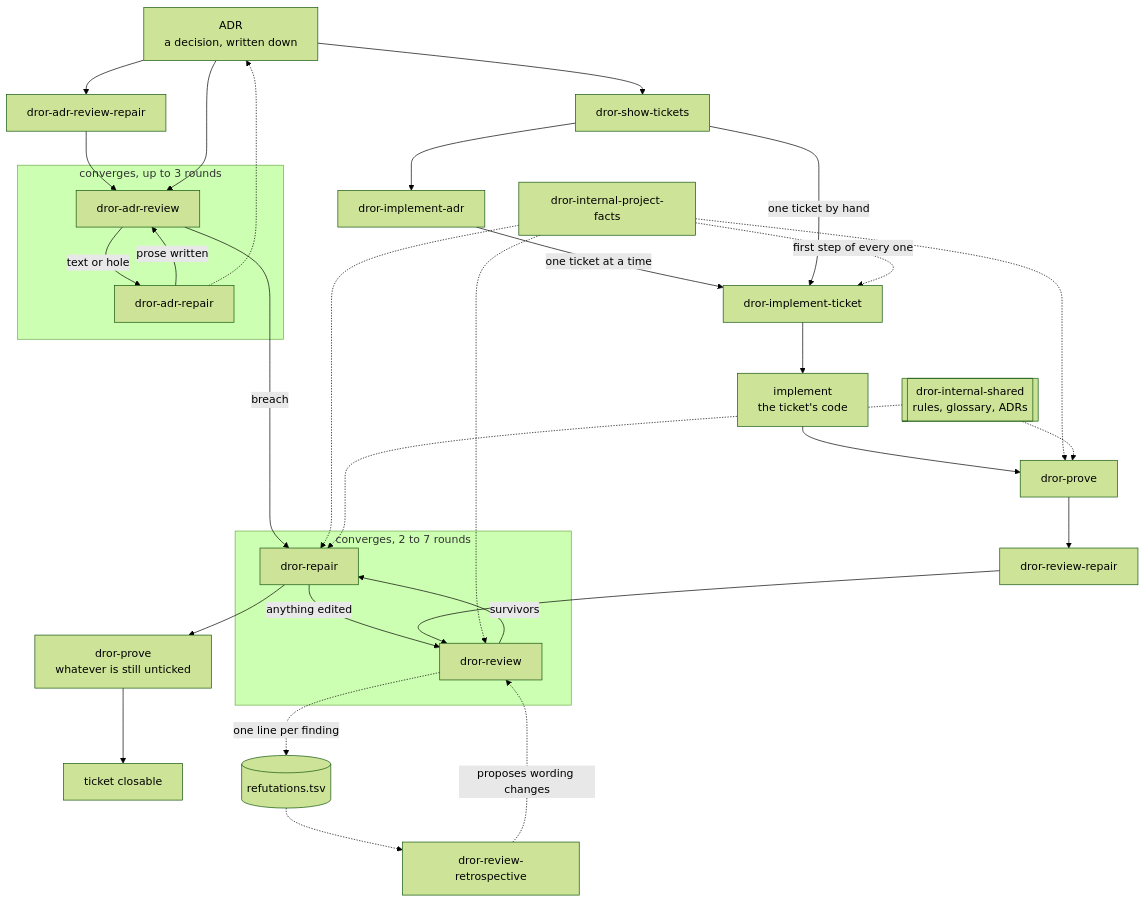
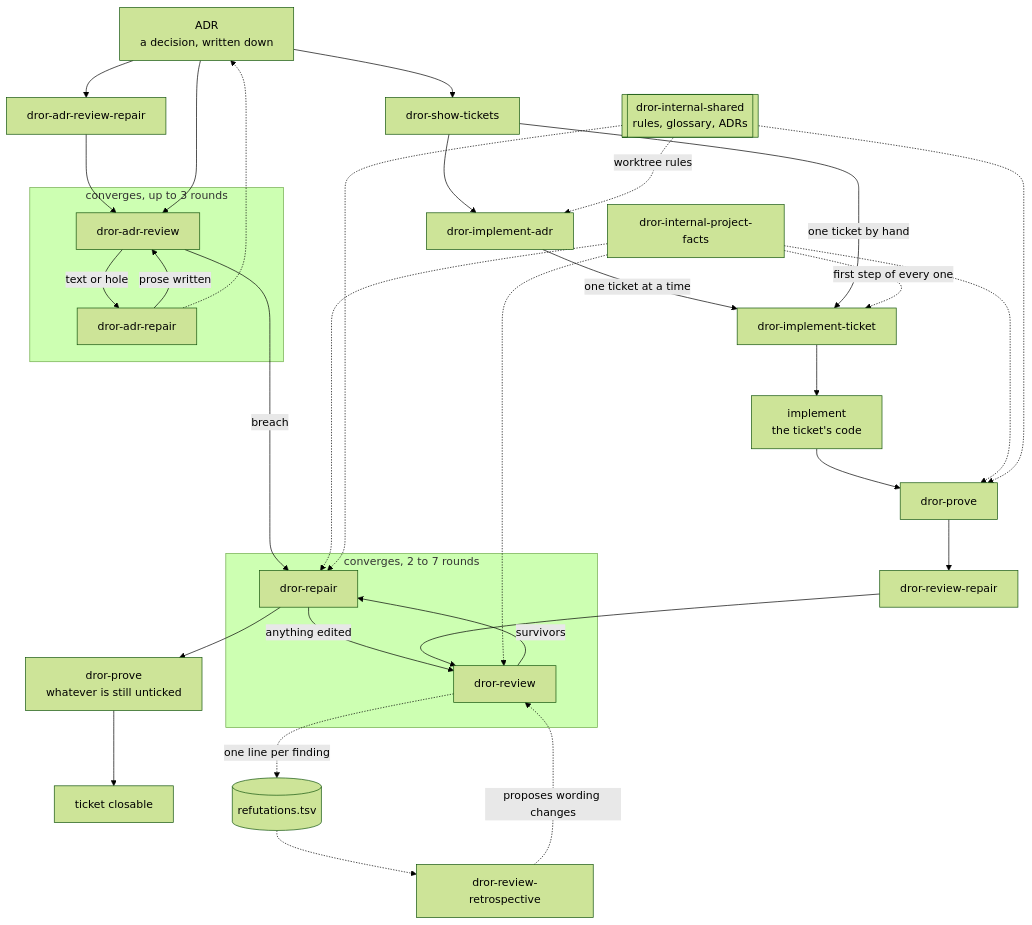
One commit to drormeir/dror-skills changed the diagram in STRUCTURE.md. Above: the diagram before and after it, drawn with Mermaid (forest theme). The commit also changed other lines of this file and 15 other files, not shown here.

````diff
--- a/STRUCTURE.md
+++ b/STRUCTURE.md
@@ -64,48 +64,49 @@
 ```mermaid
 flowchart TD
     ADR["ADR<br/>a decision, written down"]
 
     ADR --> ARR[dror-adr-review-repair]
     ARR --> AR
 
     subgraph adrloop ["converges, up to 3 rounds"]
         AR[dror-adr-review] -->|text or hole| ARP[dror-adr-repair]
         ARP -->|prose written| AR
     end
 
     ADR --> AR
     AR -->|breach| RP
     ARP -.-> ADR
 
     ADR --> ST[dror-show-tickets]
     ST --> IA[dror-implement-adr]
     IA -->|one ticket at a time| IT[dror-implement-ticket]
     ST -->|one ticket by hand| IT
 
     IT --> IMPL["implement<br/>the ticket's code"]
     IMPL --> PV[dror-prove]
     PV --> RR[dror-review-repair]
 
     subgraph loop ["converges, 2 to 7 rounds"]
         RV[dror-review] -->|survivors| RP[dror-repair]
         RP -->|anything edited| RV
     end
 
     RR --> RV
     RP --> PV2["dror-prove<br/>whatever is still unticked"]
     PV2 --> CLOSE["ticket closable"]
 
     RV -.->|one line per finding| LOG[("refutations.tsv")]
     LOG -.-> RETRO[dror-review-retrospective]
     RETRO -.->|proposes wording changes| RV
 
     PF[dror-internal-project-facts]
     PF -.->|first step of every one| IT
     PF -.-> PV
     PF -.-> RV
     PF -.-> RP
 
     SH[["dror-internal-shared<br/>rules, glossary, ADRs"]]
     SH -.-> PV
     SH -.-> RP
+    SH -.->|worktree rules| IA
 ```
````
